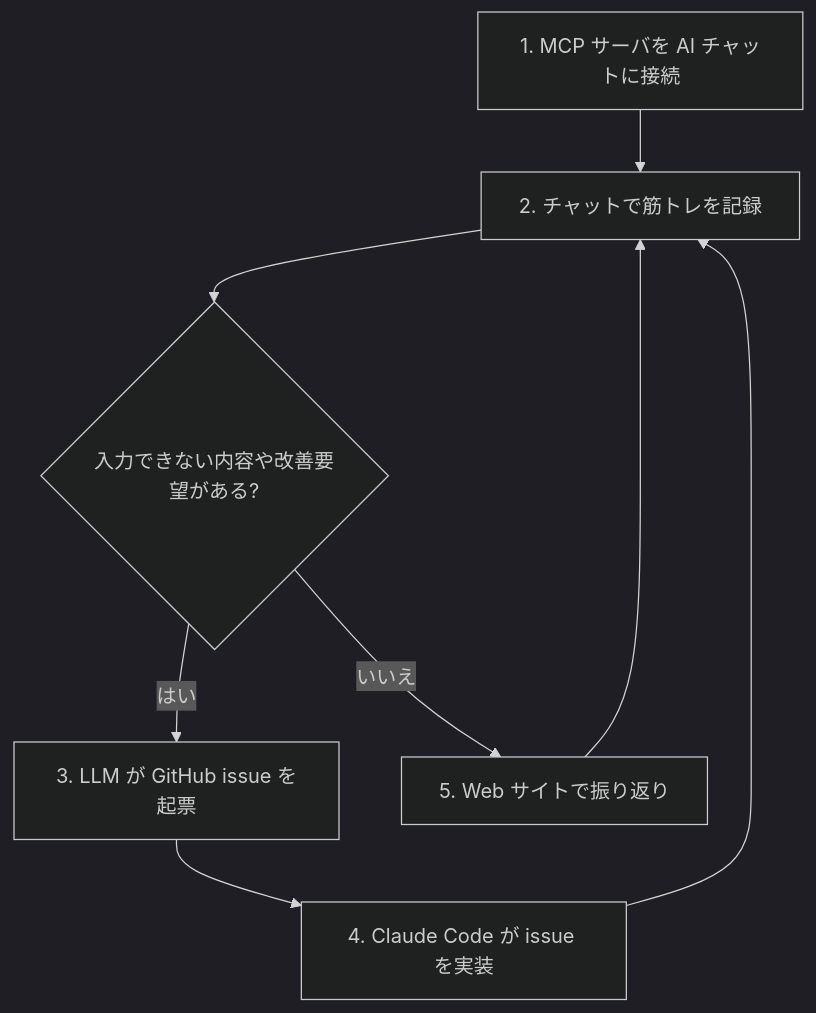
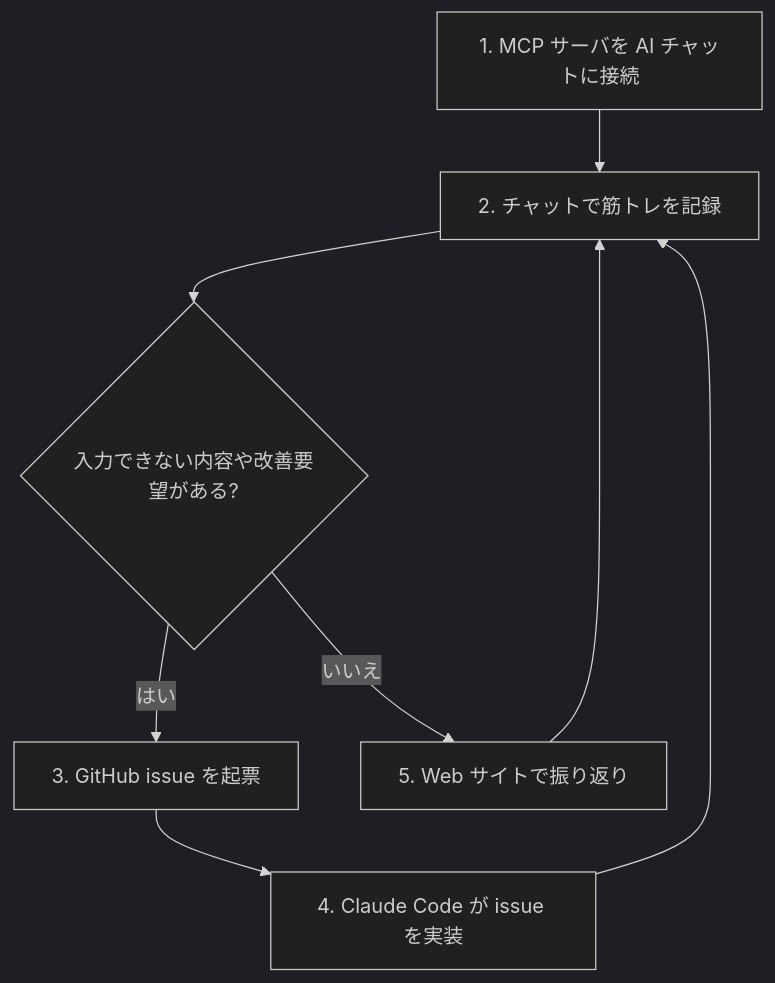
Before and after one commit to japan4415/training-logger: the diagram in docs/overview.md, drawn with Mermaid (dark theme). The commit also changed other lines of this file and 2 other files, not shown here.

First line of the commit message:
docs: overview/development/roadmapからも認証・feedbackツールの記述を削除

````diff
--- a/docs/overview.md
+++ b/docs/overview.md
@@ -21,10 +21,10 @@
 ```mermaid
 flowchart TD
     A["1. MCP サーバを AI チャットに接続"] --> B["2. チャットで筋トレを記録"]
     B --> C{"入力できない内容や改善要望がある?"}
-    C -->|はい| D["3. LLM が GitHub issue を起票"]
+    C -->|はい| D["3. GitHub issue を起票"]
     D --> E["4. Claude Code が issue を実装"]
     E --> B
     C -->|いいえ| F["5. Web サイトで振り返り"]
     F --> B
 ```
````
